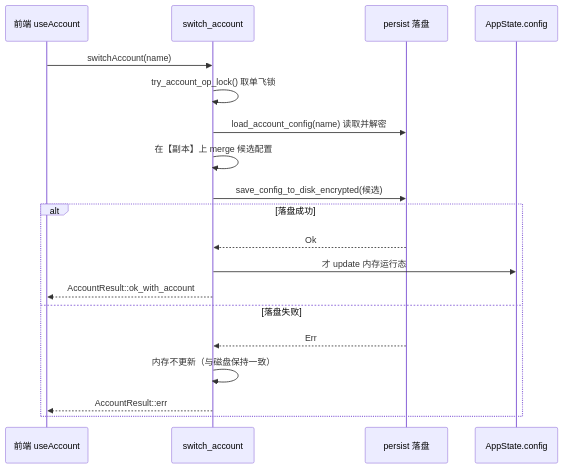
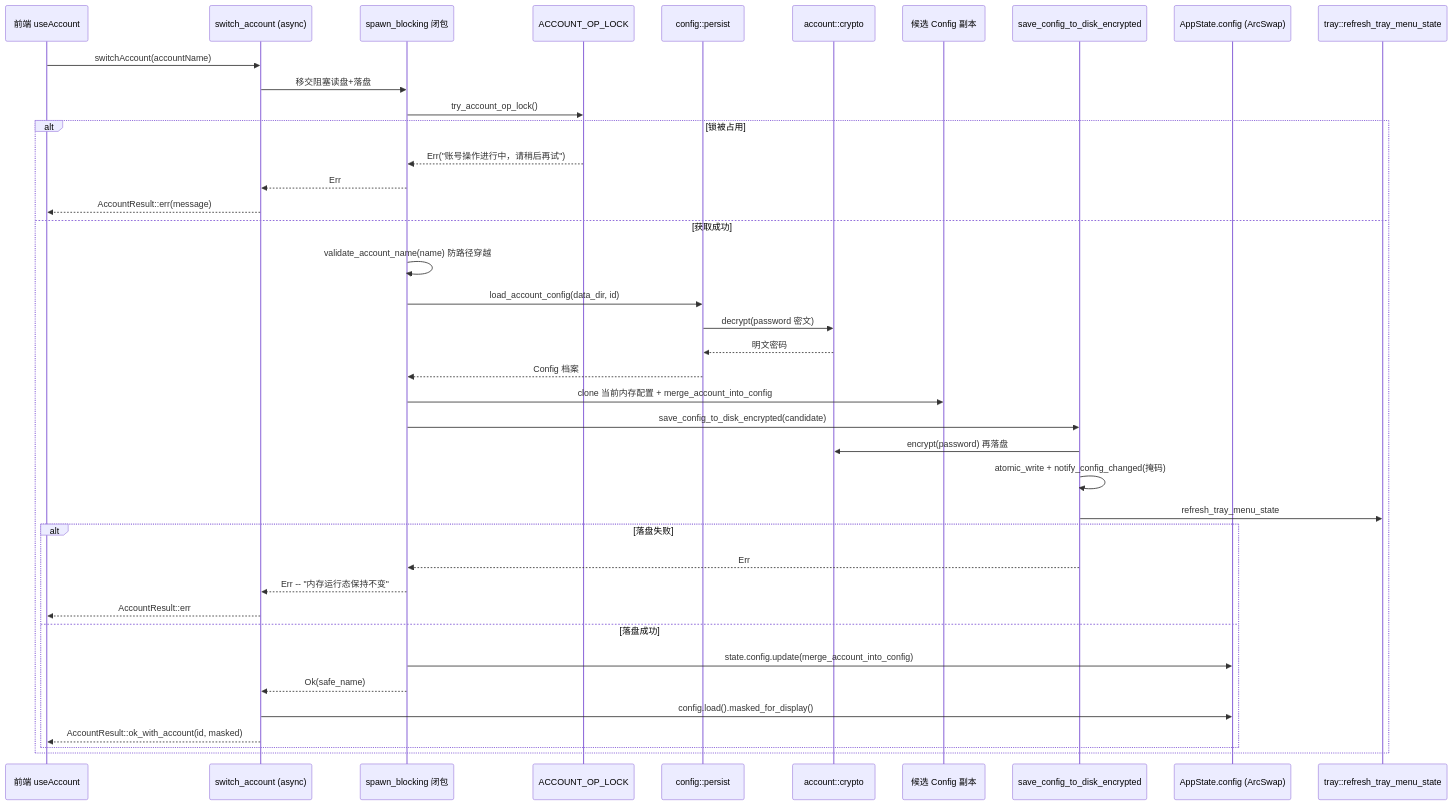
One commit to ikliml666/Wxxy-CampusLogin changed the third of 6 diagrams in .codewiki/modules/desktop-backend-account-management.md. Above: the diagram before and after it, drawn with Mermaid. The commit also changed other lines of this file and 15 other files, not shown here.

````diff
--- a/.codewiki/modules/desktop-backend-account-management.md
+++ b/.codewiki/modules/desktop-backend-account-management.md
@@ -194,22 +314,43 @@
 ```mermaid
 sequenceDiagram
-    participant FE as 前端 useAccount
-    participant CMD as switch_account
-    participant DISK as persist 落盘
-    participant MEM as AppState.config
+  participant UI as 前端 useAccount
+  participant Cmd as switch_account (async)
+  participant BLK as spawn_blocking 闭包
+  participant Lock as ACCOUNT_OP_LOCK
+  participant Persist as config::persist
+  participant Crypto as account::crypto
+  participant Cand as 候选 Config 副本
+  participant DiskCfg as save_config_to_disk_encrypted
+  participant Mem as AppState.config (ArcSwap)
+  participant Tray as tray::refresh_tray_menu_state
 
-    FE->>CMD: switchAccount(name)
-    CMD->>CMD: try_account_op_lock() 取单飞锁
-    CMD->>DISK: load_account_config(name) 读取并解密
-    CMD->>CMD: 在【副本】上 merge 候选配置
-    CMD->>DISK: save_config_to_disk_encrypted(候选)
-    alt 落盘成功
-        DISK-->>CMD: Ok
-        CMD->>MEM: 才 update 内存运行态
-        CMD-->>FE: AccountResult::ok_with_account
-    else 落盘失败
-        DISK-->>CMD: Err
-        CMD->>CMD: 内存不更新（与磁盘保持一致）
-        CMD-->>FE: AccountResult::err
+  UI->>Cmd: switchAccount(accountName)
+  Cmd->>BLK: 移交阻塞读盘+落盘
+  BLK->>Lock: try_account_op_lock()
+  alt 锁被占用
+    Lock-->>BLK: Err("账号操作进行中，请稍后再试")
+    BLK-->>Cmd: Err
+    Cmd-->>UI: AccountResult::err(message)
+  else 获取成功
+    BLK->>BLK: validate_account_name(name) 防路径穿越
+    BLK->>Persist: load_account_config(data_dir, id)
+    Persist->>Crypto: decrypt(password 密文)
+    Crypto-->>Persist: 明文密码
+    Persist-->>BLK: Config 档案
+    BLK->>Cand: clone 当前内存配置 + merge_account_into_config
+    BLK->>DiskCfg: save_config_to_disk_encrypted(candidate)
+    DiskCfg->>Crypto: encrypt(password) 再落盘
+    DiskCfg->>DiskCfg: atomic_write + notify_config_changed(掩码)
+    DiskCfg->>Tray: refresh_tray_menu_state
+    alt 落盘失败
+      DiskCfg-->>BLK: Err
+      BLK-->>Cmd: Err -- "内存运行态保持不变"
+      Cmd-->>UI: AccountResult::err
+    else 落盘成功
+      BLK->>Mem: state.config.update(merge_account_into_config)
+      BLK-->>Cmd: Ok(safe_name)
+      Cmd->>Mem: config.load().masked_for_display()
+      Cmd-->>UI: AccountResult::ok_with_account(id, masked)
     end
+  end
 ```
````
